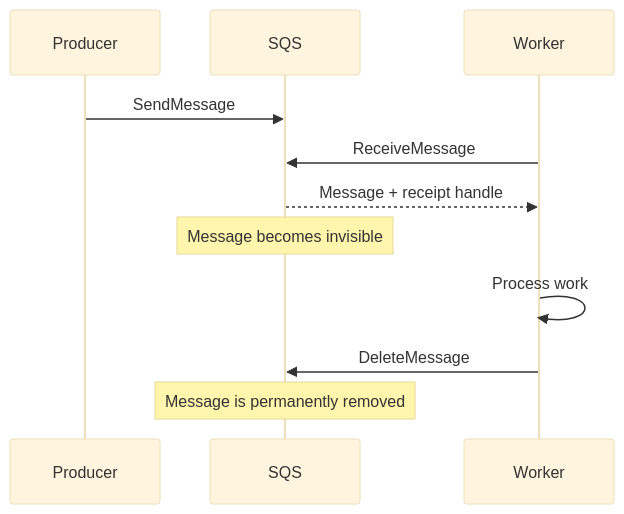
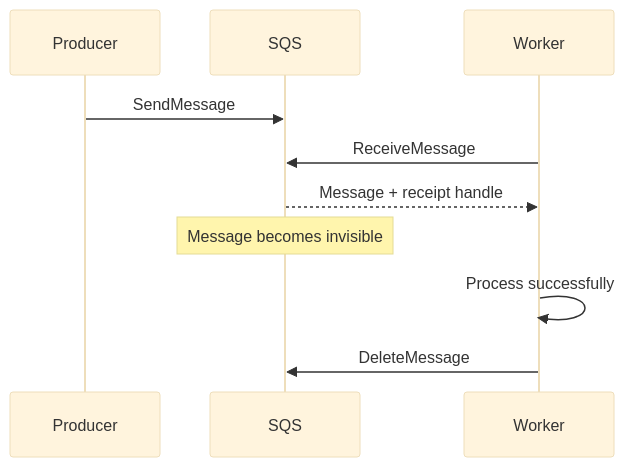
One commit to AvadhBhalodiya/Interview-Preparation changed the seventh of 9 diagrams in src/content/devops/aws-core-services.md. Above: the diagram before and after it, drawn with Mermaid (base theme). The commit also changed other lines of this file and 54 other files, not shown here.

````diff
--- a/src/content/devops/aws-core-services.md
+++ b/src/content/devops/aws-core-services.md
@@ -1138,14 +472,13 @@
 ```mermaid
 sequenceDiagram
-    participant Producer
+    participant API as Producer
     participant SQS
     participant Worker
 
-    Producer->>SQS: SendMessage
+    API->>SQS: SendMessage
     Worker->>SQS: ReceiveMessage
     SQS-->>Worker: Message + receipt handle
     Note over SQS: Message becomes invisible
-    Worker->>Worker: Process work
+    Worker->>Worker: Process successfully
     Worker->>SQS: DeleteMessage
-    Note over SQS: Message is permanently removed
 ```
````
